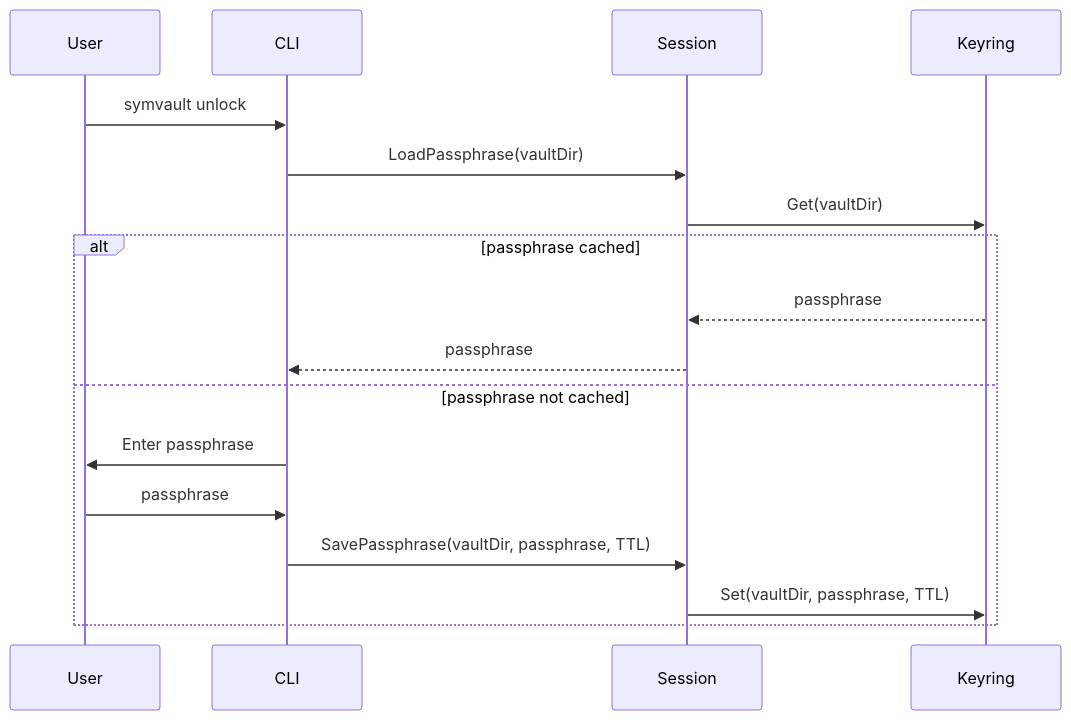
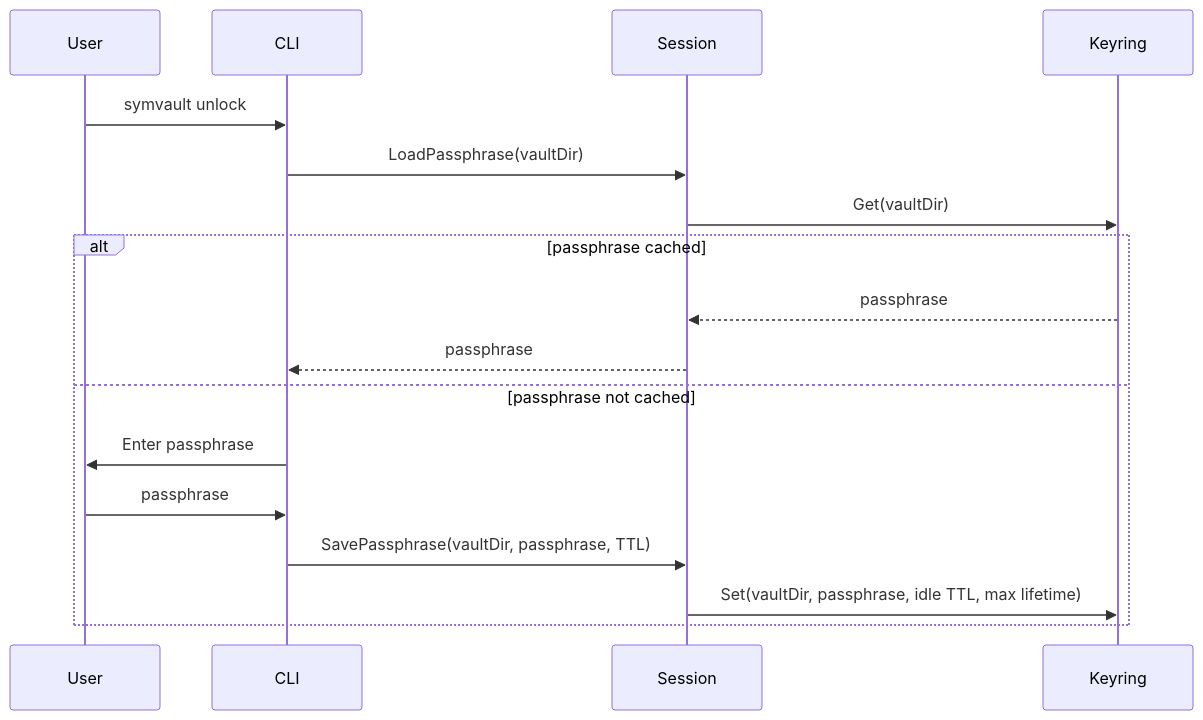
One commit to danieljustus/symaira-vault changed the third of 8 diagrams in ARCHITECTURE.md. Above: the diagram before and after it, drawn with Mermaid. The commit also changed other lines of this file and 23 other files, not shown here.

````diff
--- a/ARCHITECTURE.md
+++ b/ARCHITECTURE.md
@@ -141,20 +141,20 @@
 ```mermaid
 sequenceDiagram
     participant User
     participant CLI
     participant Session
     participant Keyring
 
     User->>CLI: symvault unlock
     CLI->>Session: LoadPassphrase(vaultDir)
     Session->>Keyring: Get(vaultDir)
     alt passphrase cached
         Keyring-->>Session: passphrase
         Session-->>CLI: passphrase
     else passphrase not cached
         CLI->>User: Enter passphrase
         User->>CLI: passphrase
         CLI->>Session: SavePassphrase(vaultDir, passphrase, TTL)
-        Session->>Keyring: Set(vaultDir, passphrase, TTL)
+        Session->>Keyring: Set(vaultDir, passphrase, idle TTL, max lifetime)
     end
 ```
````
